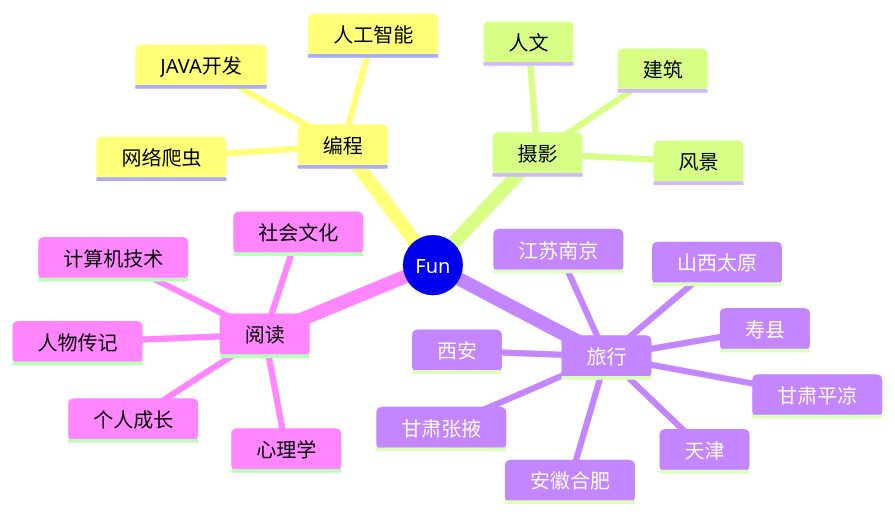
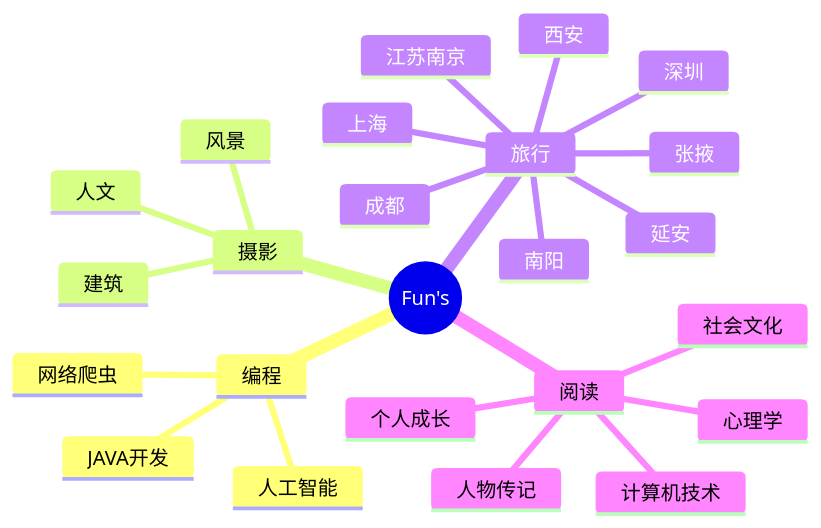
Before and after one commit to shiqustudio/shiqustudio: the diagram in README.md, drawn with Mermaid.

````diff
--- a/README.md
+++ b/README.md
@@ -144,27 +144,27 @@
 ```mermaid
 mindmap
-  root((Fun))
+  root((Fun's))
     编程
       JAVA开发
       网络爬虫
       人工智能
     摄影
       人文
       建筑
       风景
     旅行
       西安
-      甘肃平凉
-      甘肃张掖
-      山西太原
-      天津
+      延安
+      张掖
+      南阳
+      成都
       江苏南京
-      安徽合肥
-      寿县
+      上海
+      深圳
     阅读
       人物传记
       个人成长
       社会文化
       心理学
       计算机技术
 ```
````
